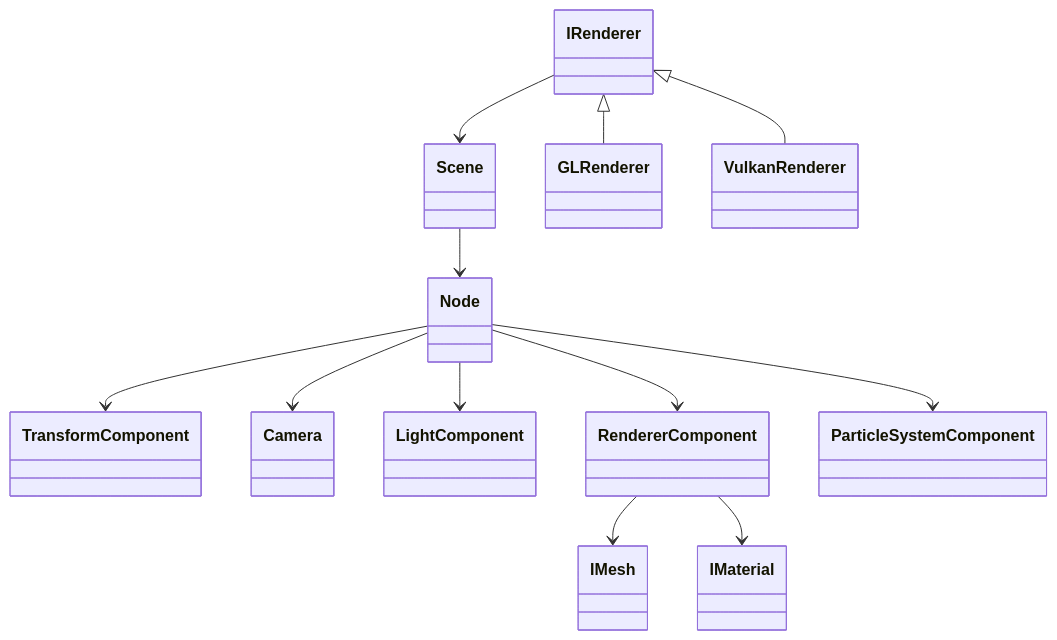
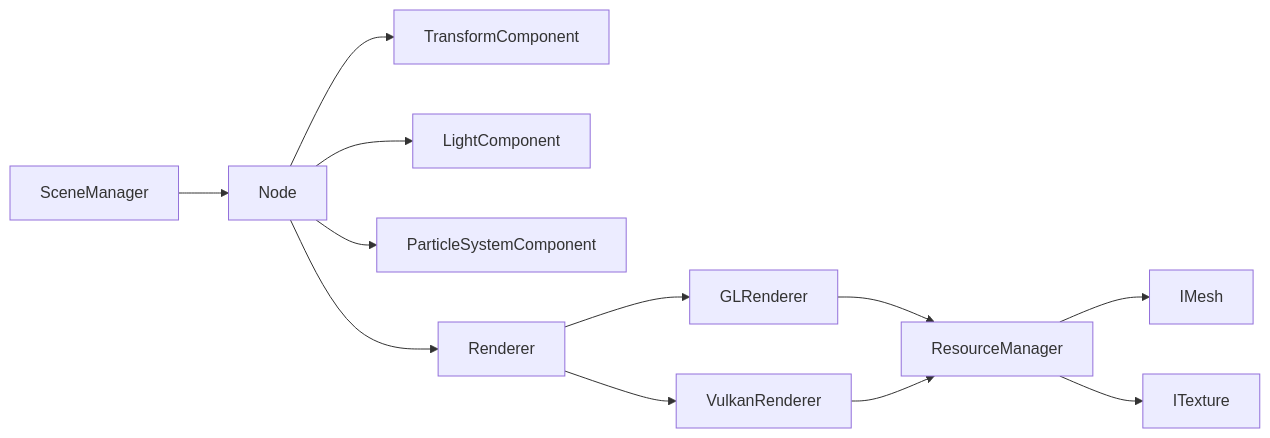
Before and after one commit to Fuwuffyi/thesis-project-tex: the diagram in figures/uml_scene_renderer.mermaid, drawn with Mermaid. The commit also changed 4 other files, not shown here.

```diff
--- a/figures/uml_scene_renderer.mermaid
+++ b/figures/uml_scene_renderer.mermaid
@@ -1,12 +1,12 @@
-classDiagram
-    Scene --> Node
+graph LR
+    SceneManager --> Node
     Node --> TransformComponent
-    Node --> Camera
     Node --> LightComponent
-    Node --> RendererComponent
     Node --> ParticleSystemComponent
-    IRenderer <|-- GLRenderer
-    IRenderer <|-- VulkanRenderer
-    RendererComponent --> IMesh
-    RendererComponent --> IMaterial
-    IRenderer --> Scene
+    Node --> Renderer
+    Renderer --> GLRenderer
+    Renderer --> VulkanRenderer
+    GLRenderer --> ResourceManager
+    VulkanRenderer --> ResourceManager
+    ResourceManager --> IMesh
+    ResourceManager --> ITexture
```
